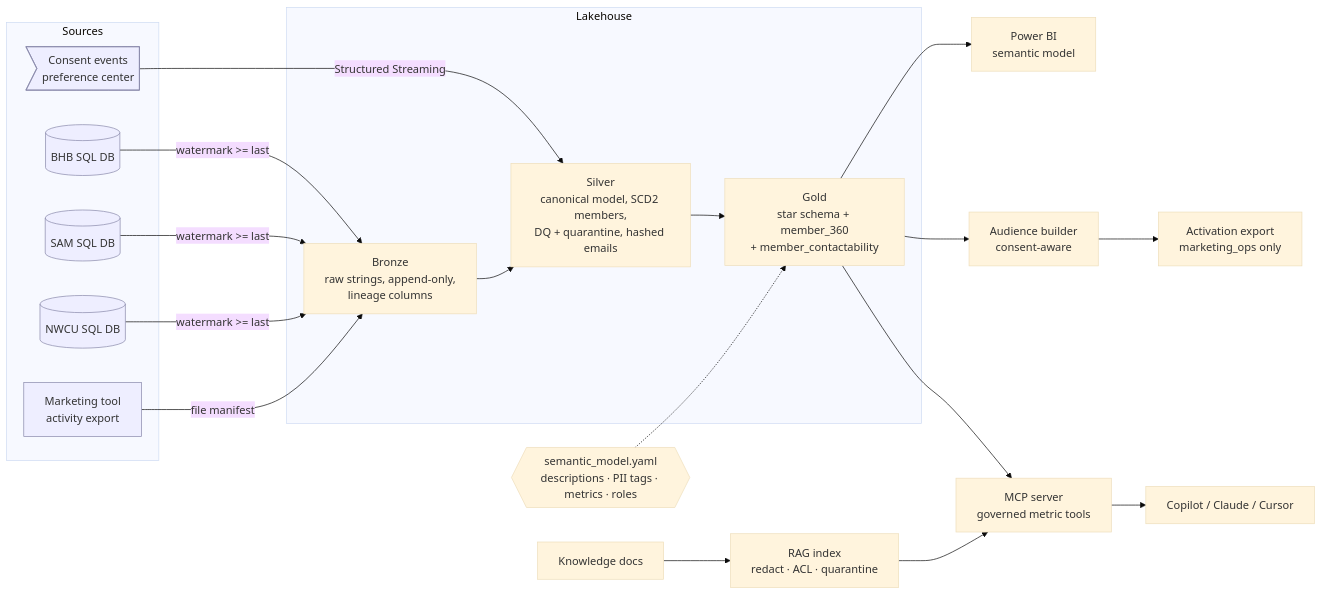
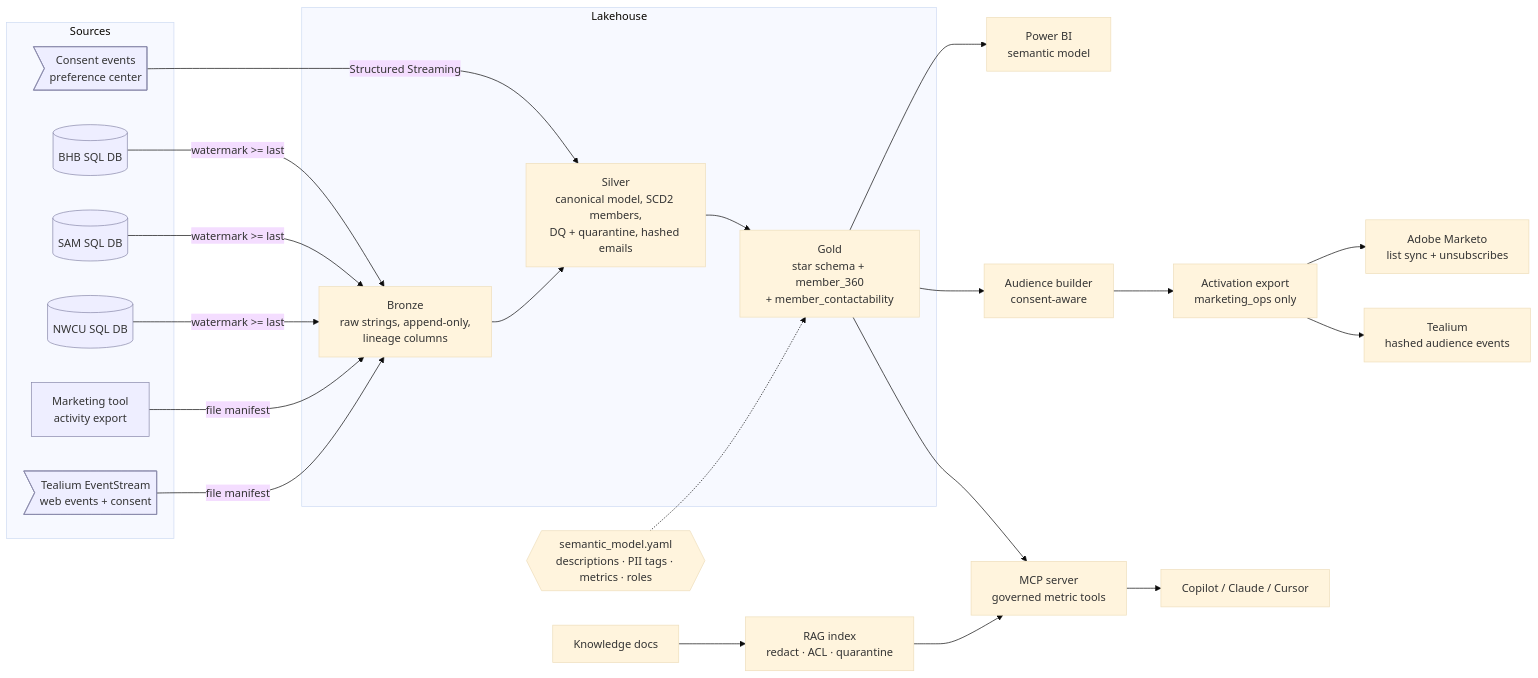
Before and after one commit to saipraneethbangarampally/travel-lakehouse-ai: the diagram in README.md, drawn with Mermaid (base theme). The commit also changed other lines of this file and 21 other files, not shown here.

First line of the commit message:
Add Tealium and Adobe Marketo integrations

````diff
--- a/README.md
+++ b/README.md
@@ -59,27 +83,31 @@
 ```mermaid
 flowchart LR
   subgraph Sources
     A1[(BHB SQL DB)]:::src
     A2[(SAM SQL DB)]:::src
     A3[(NWCU SQL DB)]:::src
     M[Marketing tool<br/>activity export]:::src
     C>Consent events<br/>preference center]:::src
+    T>Tealium EventStream<br/>web events + consent]:::src
   end
   subgraph Lakehouse
     B[Bronze<br/>raw strings, append-only,<br/>lineage columns]
     S[Silver<br/>canonical model, SCD2 members,<br/>DQ + quarantine, hashed emails]
     G[Gold<br/>star schema + member_360<br/>+ member_contactability]
   end
   SEM{{semantic_model.yaml<br/>descriptions · PII tags · metrics · roles}}
   A1 & A2 & A3 -->|watermark >= last| B
   M -->|file manifest| B
+  T -->|file manifest| B
   C -->|Structured Streaming| S
   B --> S --> G
   SEM -.-> G
   G --> PBI[Power BI<br/>semantic model]
   G --> AUD[Audience builder<br/>consent-aware] --> EXP[Activation export<br/>marketing_ops only]
+  EXP --> MKTO[Adobe Marketo<br/>list sync + unsubscribes]
+  EXP --> TQ[Tealium<br/>hashed audience events]
   G --> MCP[MCP server<br/>governed metric tools]
   K[Knowledge docs] --> RAG[RAG index<br/>redact · ACL · quarantine] --> MCP
   MCP --> LLM[Copilot / Claude / Cursor]
   classDef src fill:#eef,stroke:#88a
 ```
````
